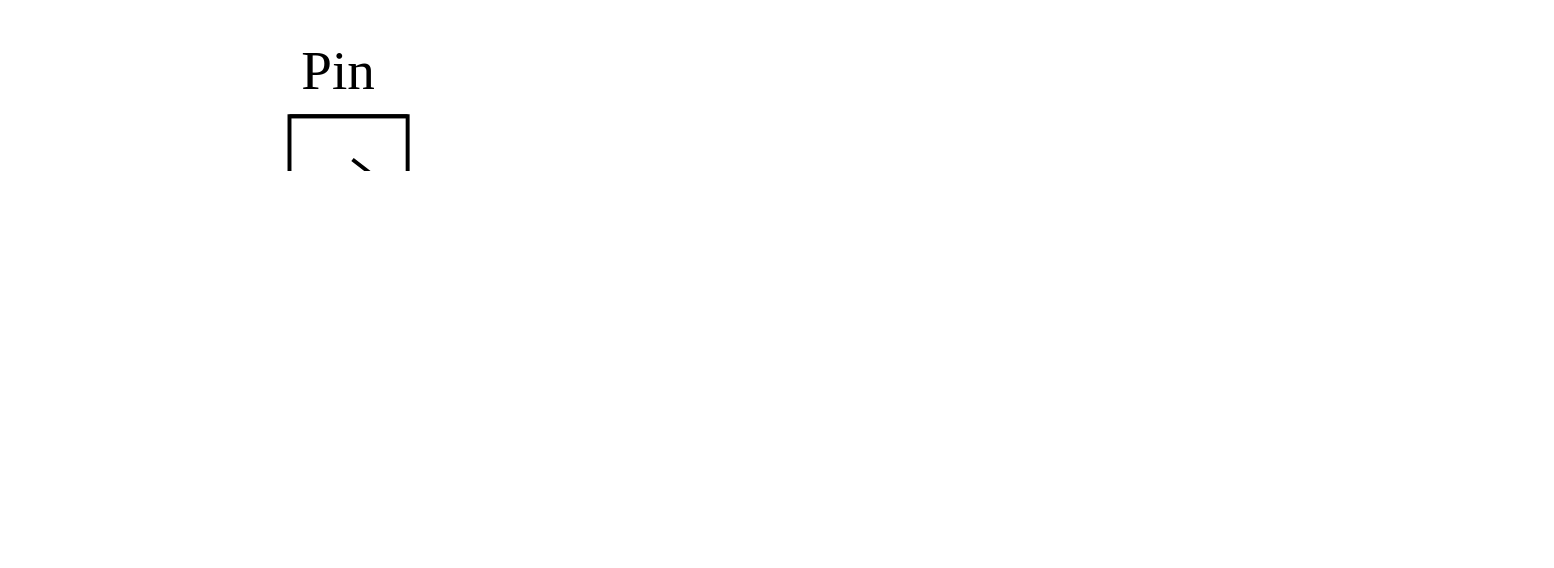
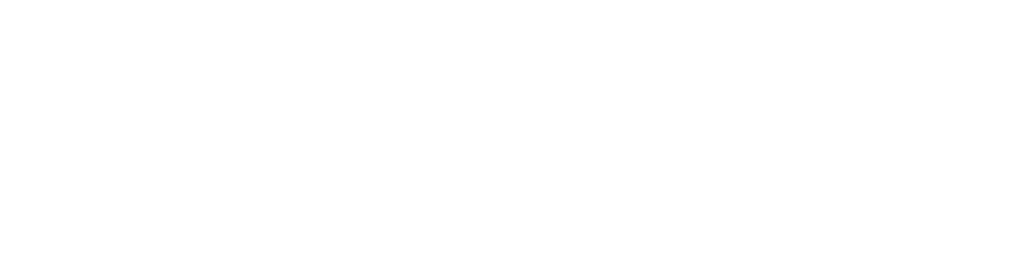
The diagram in dot/trpl17-08.dot (rust-lang/book), drawn with Graphviz before and after one commit. The commit also changed 10 other files, not shown here.

Commit message:
Ch. 17: create a diagram showing blocked parallelism

```diff
--- a/dot/trpl17-08.dot
+++ b/dot/trpl17-08.dot
@@ -1,62 +1,39 @@
 digraph {
    rankdir = LR;
    overlap = false;
    dpi = 300.0;
    splines = false;
    cluster = true;
    newrank = true;
    outputorder = in;
    compound = true;
    labelloc = "c";
    
    node [shape = "plaintext";];
    
    pinned_box [label = <<table border="0" cellborder="1" cellspacing="0">
       <tr><td sides="B">Pin</td></tr>
       <tr><td port="source"> </td></tr>
       </table>>;];
    
-   subgraph cluster_both {
-      peripheries = 0;
+   
+   subgraph cluster_deref {
+      style = dashed;
+      label = "String";
       
+      pin [shape = "point";];
       
-      
-      string1 [label = <<table border="0" cellborder="1" cellspacing="0" bgcolor="lightgray">
-         <tr><td colspan="8" sides="B">s1</td></tr>
-         <tr>
-         <td port="target">5usize</td>
+      fut [label = <<table border="0" cellborder="1" cellspacing="0">
+         <tr><td port="target">5usize</td>
          <td>h</td>
          <td>e</td>
          <td>l</td>
          <td>l</td>
-         <td>o</td>
-         </tr>
+         <td>o</td></tr>
          </table>>;];
-      
-      subgraph cluster_deref {
-         style = dashed;
-         label = "String";
-         peripheries = 1;
-         
-         pin [shape = "point";];
-         
-         string2 [label = <<table border="0" cellborder="1" cellspacing="0">
-            <tr><td colspan="8" sides="B">s2</td></tr>
-            <tr>
-            <td port="target">7usize</td>
-            <td>g</td>
-            <td>o</td>
-            <td>o</td>
-            <td>d</td>
-            <td>b</td>
-            <td>y</td>
-            <td>e</td>
-            </tr>
-            </table>>;];
-      }
    }
    
    edge [tailclip = false;];
    pinned_box -> pin [tailport = "source:c"; arrowhead = "none";];
-   pin -> string2 [headport = "target";];
+   pin -> fut [headport = "target";];
 }
```
